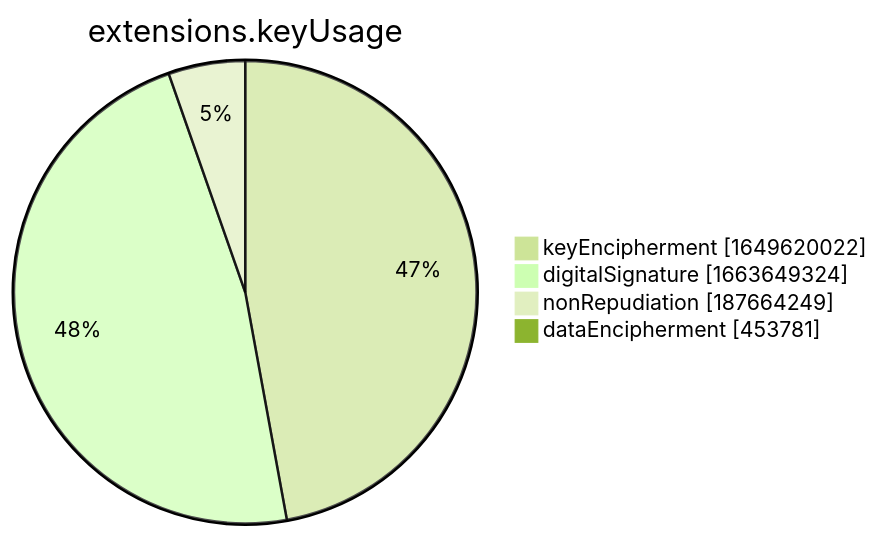
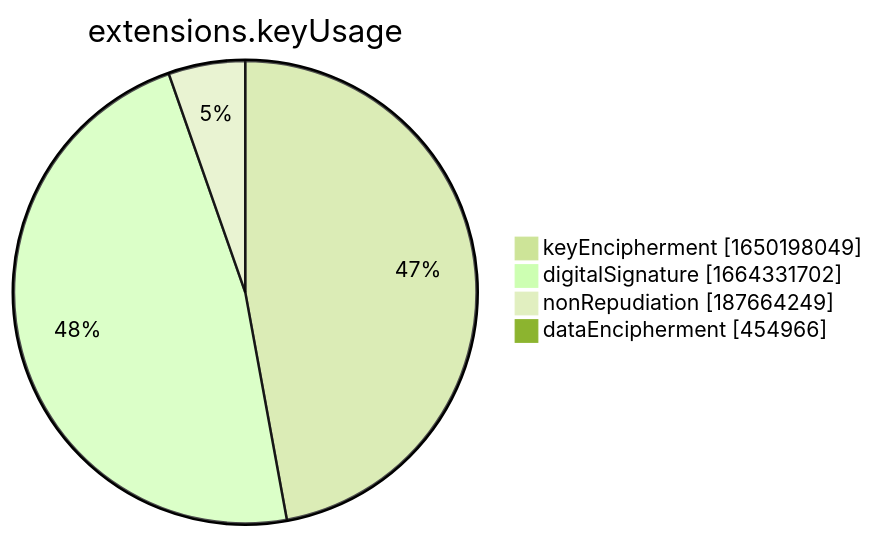
One commit to christiankrug/ctmonitor_visualization changed the seventh of 15 diagrams in xenon2022/README.md. Above: the diagram before and after it, drawn with Mermaid (forest theme). The commit also changed other lines of this file, not shown here.

````diff
--- a/xenon2022/README.md
+++ b/xenon2022/README.md
@@ -2857,8 +2857,8 @@
 ```mermaid
 pie showData
 title extensions.keyUsage
-"keyEncipherment" :1649620022
-"digitalSignature" :1663649324
+"keyEncipherment" :1650198049
+"digitalSignature" :1664331702
 "nonRepudiation" :187664249
-"dataEncipherment" :453781
+"dataEncipherment" :454966
 ```
````
